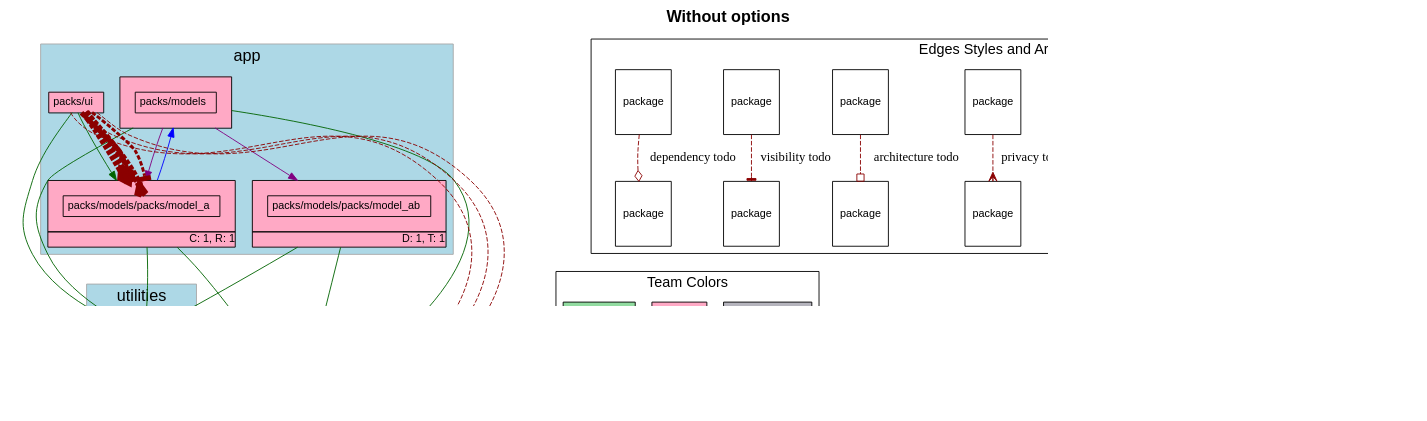
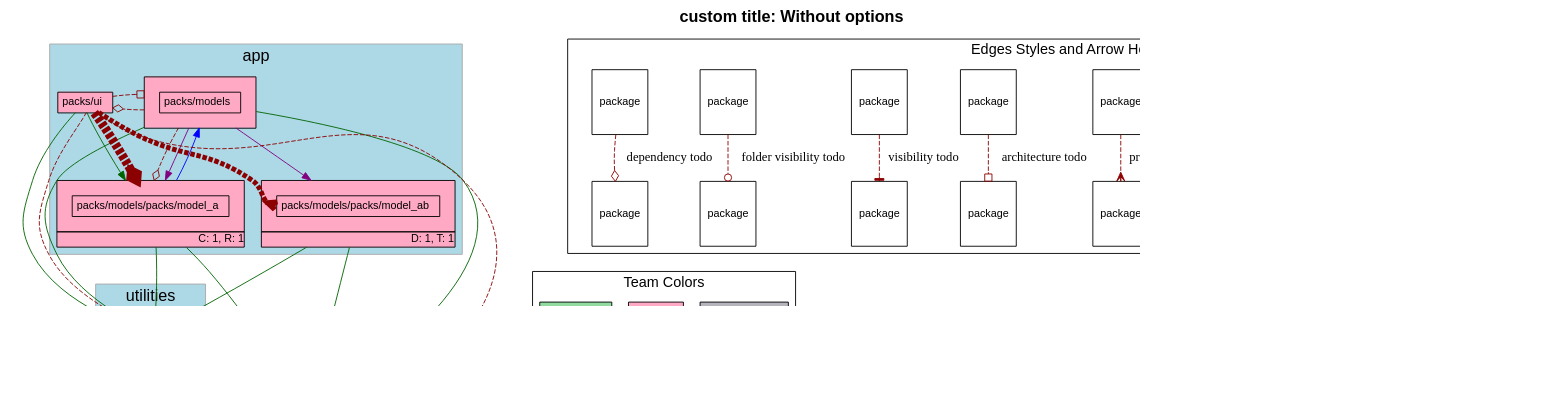
Before and after one commit to rubyatscale/visualize_packs: the diagram in spec/sample_app1/test_output/plain.dot, drawn with Graphviz. The commit also changed 6 other files, not shown here.

Commit message:
Updated diagrams

```diff
--- a/spec/sample_app1/test_output/plain.dot
+++ b/spec/sample_app1/test_output/plain.dot
@@ -5,7 +5,7 @@
     fontname="Helvetica,Arial,sans-serif"
     dpi=100
     layout=dot
-    label=<<b>Without options</b>>
+    label=<<b>custom title: Without options</b>>
     fontsize=18
   ]
   node [
@@ -144,41 +144,41 @@
           "packs/models/packs/model_ab" -> "." [ color=darkgreen ]
           "packs/ui" -> "packs/models/packs/model_a" [ color=darkgreen ]
           "packs/ui" -> "packs/utility" [ color=darkgreen ]
-            "packs/ui" -> "." [
+            "packs/models" -> "packs/ui" [
+                constraint=false
+              # headlabel="dependency"
+color=darkred style=dashed arrowhead=odiamond
+              penwidth=1.0            ]
+            "packs/models" -> "packs/models/packs/model_a" [
                 constraint=false
               # headlabel="dependency"
 color=darkred style=dashed arrowhead=odiamond
               penwidth=1.0            ]
             "packs/ui" -> "." [
                 constraint=false
-              # headlabel="architecture"
-color=darkred style=dashed arrowhead=obox
+              # headlabel="folder_visibility"
+color=darkred style=dashed arrowhead=odot
               penwidth=1.0            ]
-            "packs/ui" -> "." [
+            "packs/ui" -> "packs/utility" [
                 constraint=false
               # headlabel="visibility"
 color=darkred style=dashed arrowhead=tee
+              penwidth=1.0            ]
+            "packs/ui" -> "packs/models" [
+                constraint=false
+              # headlabel="architecture"
+color=darkred style=dashed arrowhead=obox
               penwidth=1.0            ]
             "packs/ui" -> "packs/models/packs/model_a" [
                 constraint=false
               # headlabel="dependency"
 color=darkred style=dashed arrowhead=odiamond
               penwidth=10.0            ]
-            "packs/ui" -> "packs/models/packs/model_a":private [
+            "packs/ui" -> "packs/models/packs/model_ab":private [
                 constraint=false
               # headlabel="privacy"
 color=darkred style=dashed arrowhead=crow
-              penwidth=7.75            ]
-            "packs/ui" -> "packs/models/packs/model_a" [
-                constraint=false
-              # headlabel="architecture"
-color=darkred style=dashed arrowhead=obox
               penwidth=5.5            ]
-            "packs/ui" -> "packs/models/packs/model_a" [
-                constraint=false
-              # headlabel="visibility"
-color=darkred style=dashed arrowhead=tee
-              penwidth=3.25            ]
           "packs/models" -> "packs/models/packs/model_a" [ color=purple ]
           "packs/models" -> "packs/models/packs/model_ab" [ color=purple ]
         "packs/models/packs/model_a" -> "packs/models" [ color=blue constraint=false ]
@@ -188,12 +188,12 @@
       A [ fontsize=12 shape=box label="package"]
       B [ fontsize=12 shape=box label="package"]
       A -> B [label="accepted dependency" color=darkgreen]
-      K [ fontsize=12 shape=box label="package"]
-      L [ fontsize=12 shape=box label="package"]
-      K -> L [label="nested package" color=purple]
       M [ fontsize=12 shape=box label="package"]
       N [ fontsize=12 shape=box label="package"]
-      M -> N [label="visibile to" color=blue]
+      M -> N [label="nested package" color=purple]
+      O [ fontsize=12 shape=box label="package"]
+      P [ fontsize=12 shape=box label="package"]
+      O -> P [label="visibile to" color=blue]
       C [ fontsize=12 shape=box label="package"]
       D [ fontsize=12 shape=box label="package"]
       C -> D [label="privacy todo" color=darkred style=dashed arrowhead=crow]
@@ -205,7 +205,10 @@
       G -> H [label="visibility todo" color=darkred style=dashed arrowhead=tee]
       I [ fontsize=12 shape=box label="package"]
       J [ fontsize=12 shape=box label="package"]
-      I -> J [label="dependency todo" color=darkred style=dashed arrowhead=odiamond]
+      I -> J [label="folder visibility todo" color=darkred style=dashed arrowhead=odot]
+      K [ fontsize=12 shape=box label="package"]
+      L [ fontsize=12 shape=box label="package"]
+      K -> L [label="dependency todo" color=darkred style=dashed arrowhead=odiamond]
       LEGEND_NODE_1 [ label="" peripheries=0 height=0 width=0 style=invis ]
       LEGEND_NODE_2 [ label="" peripheries=0 height=0 width=0 style=invis ]
       LEGEND_NODE_1 -> LEGEND_NODE_2 [ style=invis ]
```
